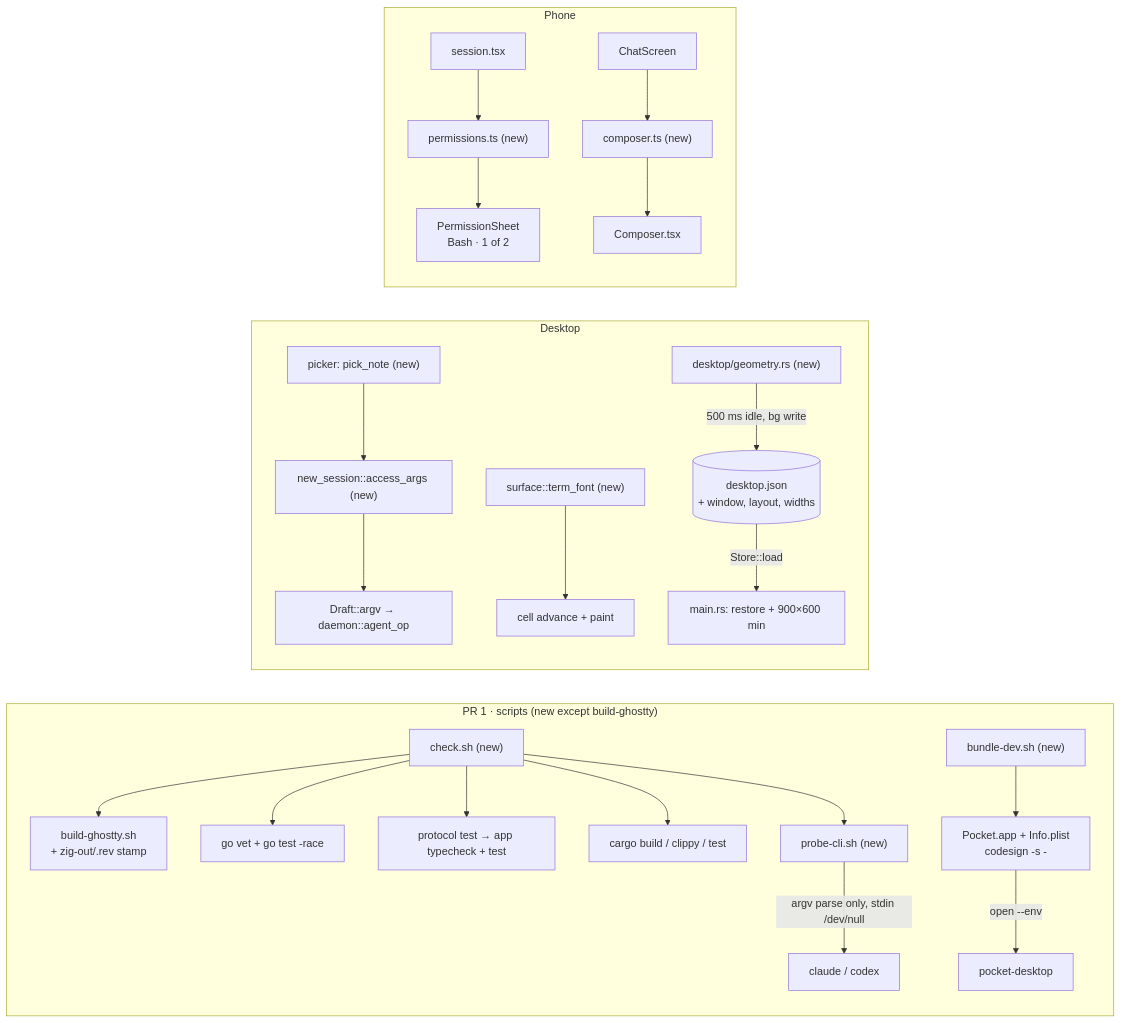
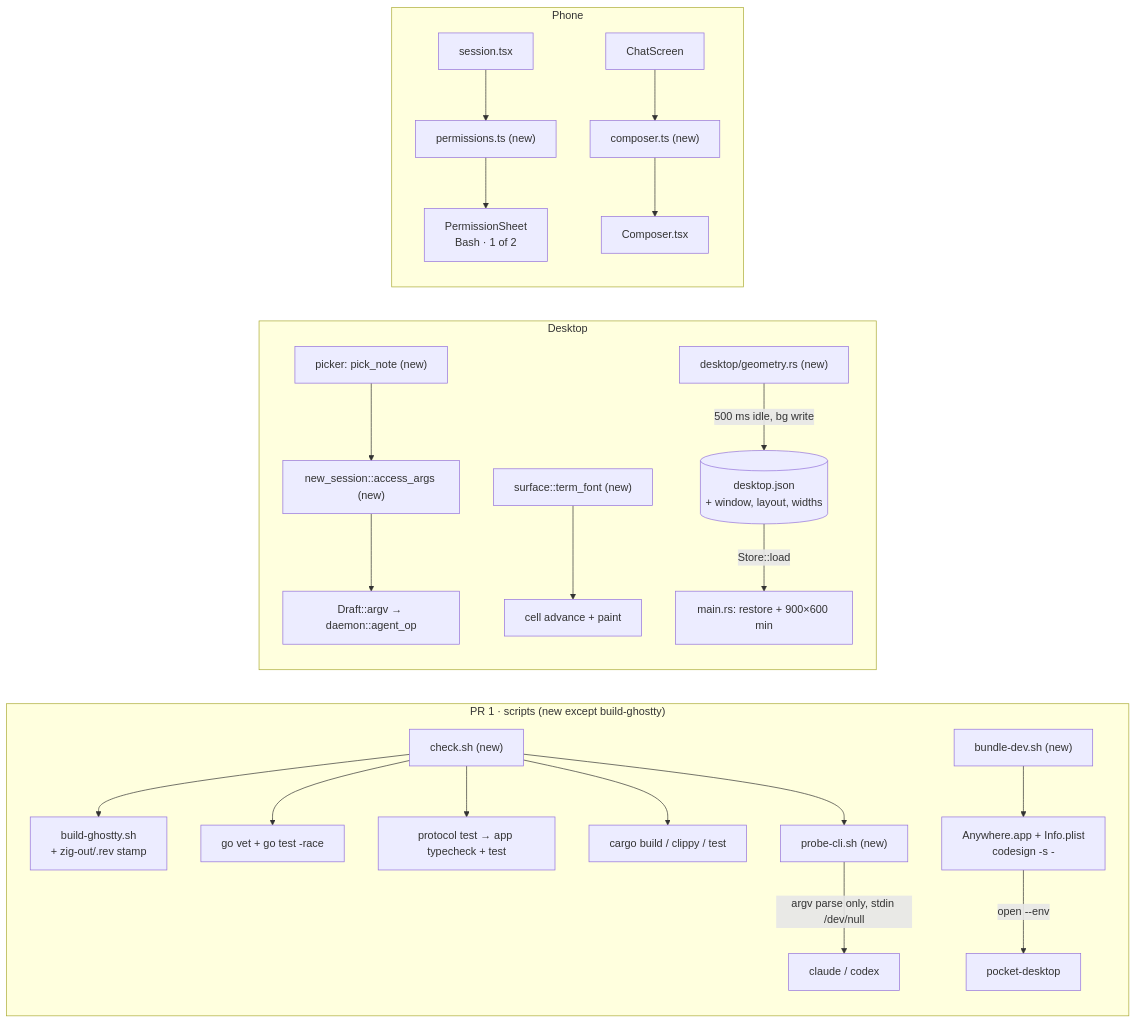
The diagram in docs/plans/2026-09-30-fix-now.md (mingo023/anywhere), drawn with Mermaid before and after one commit. The commit also changed other lines of this file and 67 other files, not shown here.

````diff
--- a/docs/plans/2026-09-30-fix-now.md
+++ b/docs/plans/2026-09-30-fix-now.md
@@ -60,23 +60,23 @@
 ```mermaid
 flowchart LR
   subgraph PR1["PR 1 · scripts (new except build-ghostty)"]
     C["check.sh (new)"] --> G["build-ghostty.sh<br/>+ zig-out/.rev stamp"]
     C --> GO["go vet + go test -race"]
     C --> TS["protocol test → app typecheck + test"]
     C --> RS["cargo build / clippy / test"]
     C --> P["probe-cli.sh (new)"]
     P -->|"argv parse only, stdin /dev/null"| CL["claude / codex"]
-    B["bundle-dev.sh (new)"] --> APP["Pocket.app + Info.plist<br/>codesign -s -"] -->|"open --env"| DESK["pocket-desktop"]
+    B["bundle-dev.sh (new)"] --> APP["Anywhere.app + Info.plist<br/>codesign -s -"] -->|"open --env"| DESK["pocket-desktop"]
   end
   subgraph Desktop
     NS["new_session::access_args (new)"] --> SPAWN["Draft::argv → daemon::agent_op"]
     PK["picker: pick_note (new)"] --> NS
     SF["surface::term_font (new)"] --> PAINT["cell advance + paint"]
     GEO["desktop/geometry.rs (new)"] -->|"500 ms idle, bg write"| JSON[("desktop.json<br/>+ window, layout, widths")]
     JSON -->|"Store::load"| MAIN["main.rs: restore + 900×600 min"]
   end
   subgraph Phone
     SES["session.tsx"] --> PERM["permissions.ts (new)"] --> SHEET["PermissionSheet<br/>Bash · 1 of 2"]
     CHAT["ChatScreen"] --> CA["composer.ts (new)"] --> COMP["Composer.tsx"]
   end
 ```
````
